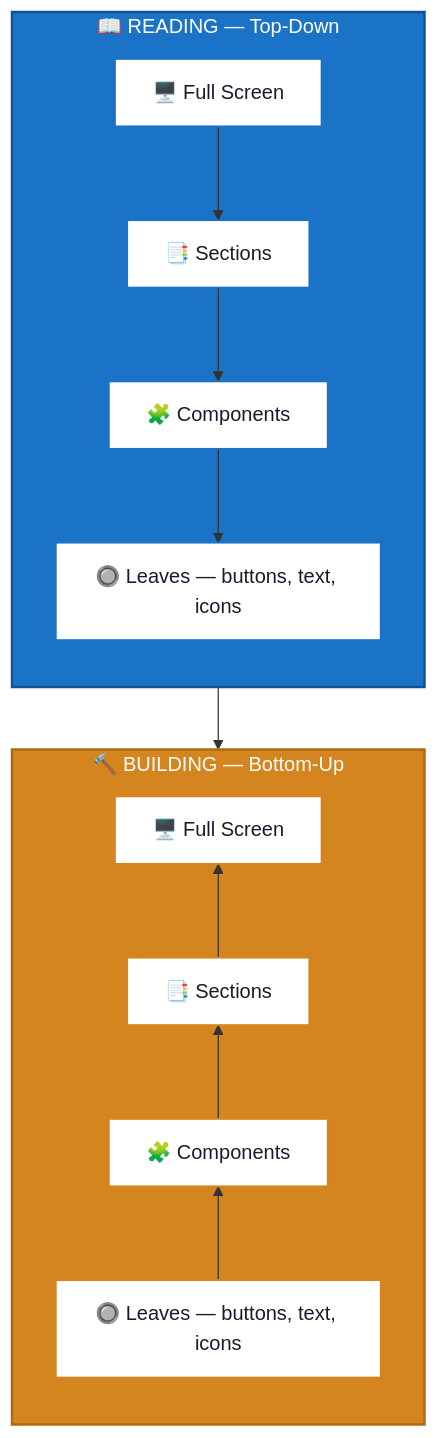
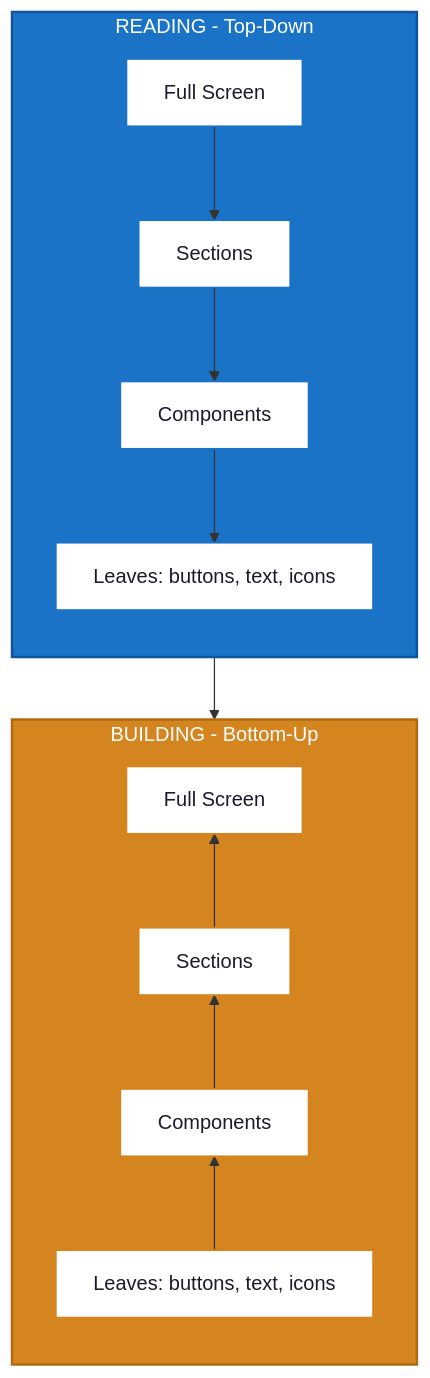
One commit to bazingga08/figma-to-code changed the fifth of 10 diagrams in README.md. Above: the diagram before and after it, drawn with Mermaid. The commit also changed other lines of this file, not shown here.

First line of the commit message:
fix: remove emojis from Mermaid diagrams to fix GitHub 500 error

````diff
--- a/README.md
+++ b/README.md
@@ -180,29 +180,29 @@
 ```mermaid
 flowchart TD
-    subgraph READ ["📖 READING — Top-Down"]
+    subgraph READ [READING - Top-Down]
         direction TB
-        R1["🖥️ Full Screen"] --> R2["📑 Sections"]
-        R2 --> R3["🧩 Components"]
-        R3 --> R4["🔘 Leaves — buttons, text, icons"]
+        R1[Full Screen] --> R2[Sections]
+        R2 --> R3[Components]
+        R3 --> R4[Leaves: buttons, text, icons]
     end
 
-    subgraph BUILD ["🔨 BUILDING — Bottom-Up"]
+    subgraph BUILD [BUILDING - Bottom-Up]
         direction BT
-        B4["🔘 Leaves — buttons, text, icons"] --> B3["🧩 Components"]
-        B3 --> B2["📑 Sections"]
-        B2 --> B1["🖥️ Full Screen"]
+        B4[Leaves: buttons, text, icons] --> B3[Components]
+        B3 --> B2[Sections]
+        B2 --> B1[Full Screen]
     end
 
     READ --> BUILD
 
     style READ fill:#1A73C7,color:#ffffff,stroke:#0f5499,stroke-width:2px
     style BUILD fill:#D4851F,color:#ffffff,stroke:#b06b10,stroke-width:2px
     style R1 fill:#ffffff,color:#1a1a2e,stroke:#1A73C7,stroke-width:1.5px
     style R2 fill:#ffffff,color:#1a1a2e,stroke:#1A73C7,stroke-width:1.5px
     style R3 fill:#ffffff,color:#1a1a2e,stroke:#1A73C7,stroke-width:1.5px
     style R4 fill:#ffffff,color:#1a1a2e,stroke:#1A73C7,stroke-width:1.5px
     style B1 fill:#ffffff,color:#1a1a2e,stroke:#D4851F,stroke-width:1.5px
     style B2 fill:#ffffff,color:#1a1a2e,stroke:#D4851F,stroke-width:1.5px
     style B3 fill:#ffffff,color:#1a1a2e,stroke:#D4851F,stroke-width:1.5px
     style B4 fill:#ffffff,color:#1a1a2e,stroke:#D4851F,stroke-width:1.5px
 ```
````
